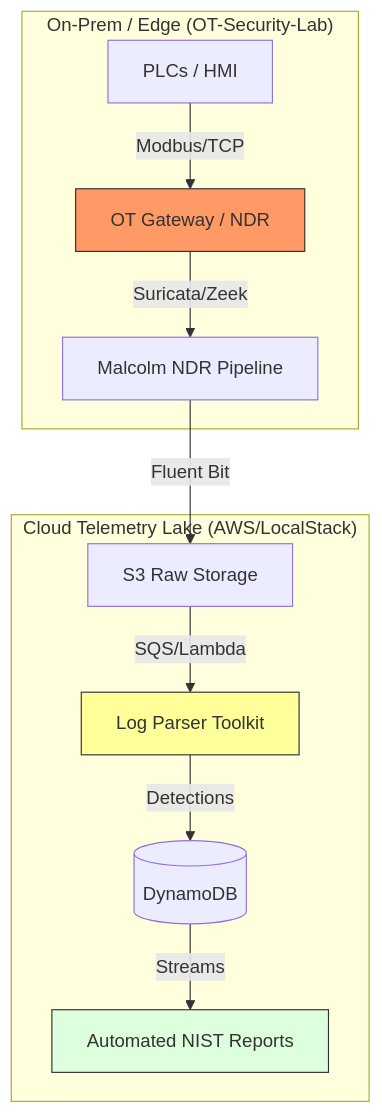
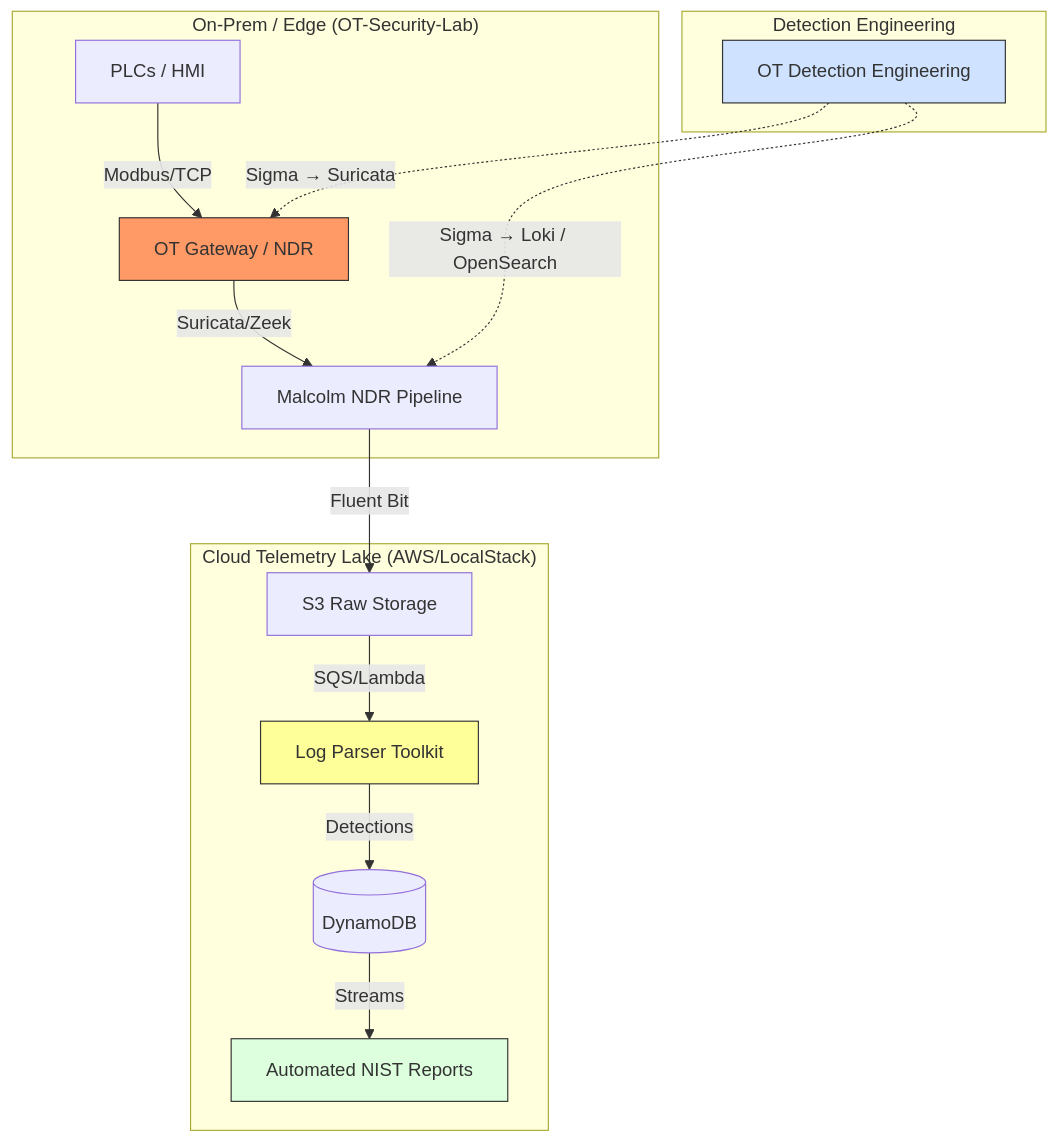
The diagram in README.md (LiamCarPer/LiamCarPer), drawn with Mermaid before and after one commit. The commit also changed other lines of this file, not shown here.

First line of the commit message:
Feature OT Detection Engineering in the profile

````diff
--- a/README.md
+++ b/README.md
@@ -17,18 +17,25 @@
 ```mermaid
 graph TD
     subgraph "On-Prem / Edge (OT-Security-Lab)"
         PLC[PLCs / HMI] -->|Modbus/TCP| GW[OT Gateway / NDR]
         GW -->|Suricata/Zeek| ML[Malcolm NDR Pipeline]
+    end
+
+    subgraph "Detection Engineering"
+        DE[OT Detection Engineering]
+        DE -.->|Sigma → Suricata| GW
+        DE -.->|Sigma → Loki / OpenSearch| ML
     end
 
     subgraph "Cloud Telemetry Lake (AWS/LocalStack)"
         ML -->|Fluent Bit| S3[S3 Raw Storage]
         S3 -->|SQS/Lambda| LP[Log Parser Toolkit]
         LP -->|Detections| DDB[(DynamoDB)]
         DDB -->|Streams| IR[Automated NIST Reports]
     end
 
     style GW fill:#f96,stroke:#333
+    style DE fill:#cfe2ff,stroke:#333
     style LP fill:#ff9,stroke:#333
     style IR fill:#dfd,stroke:#333
 ```
````
